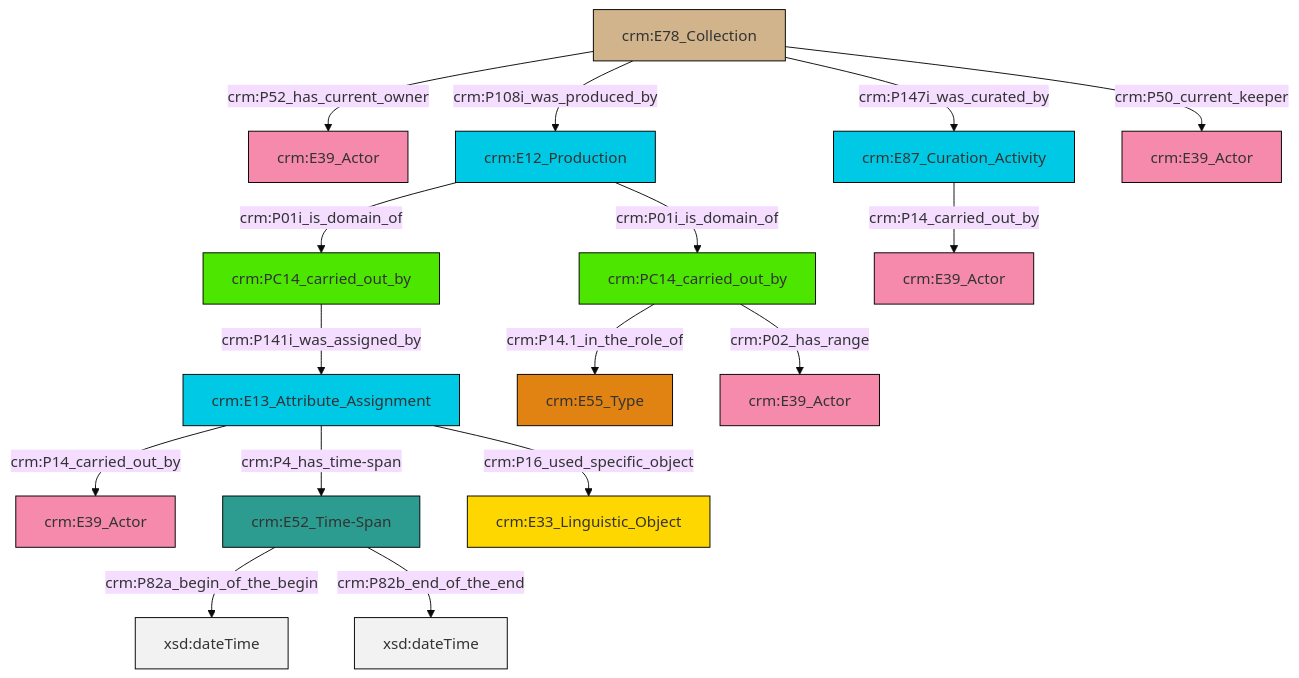
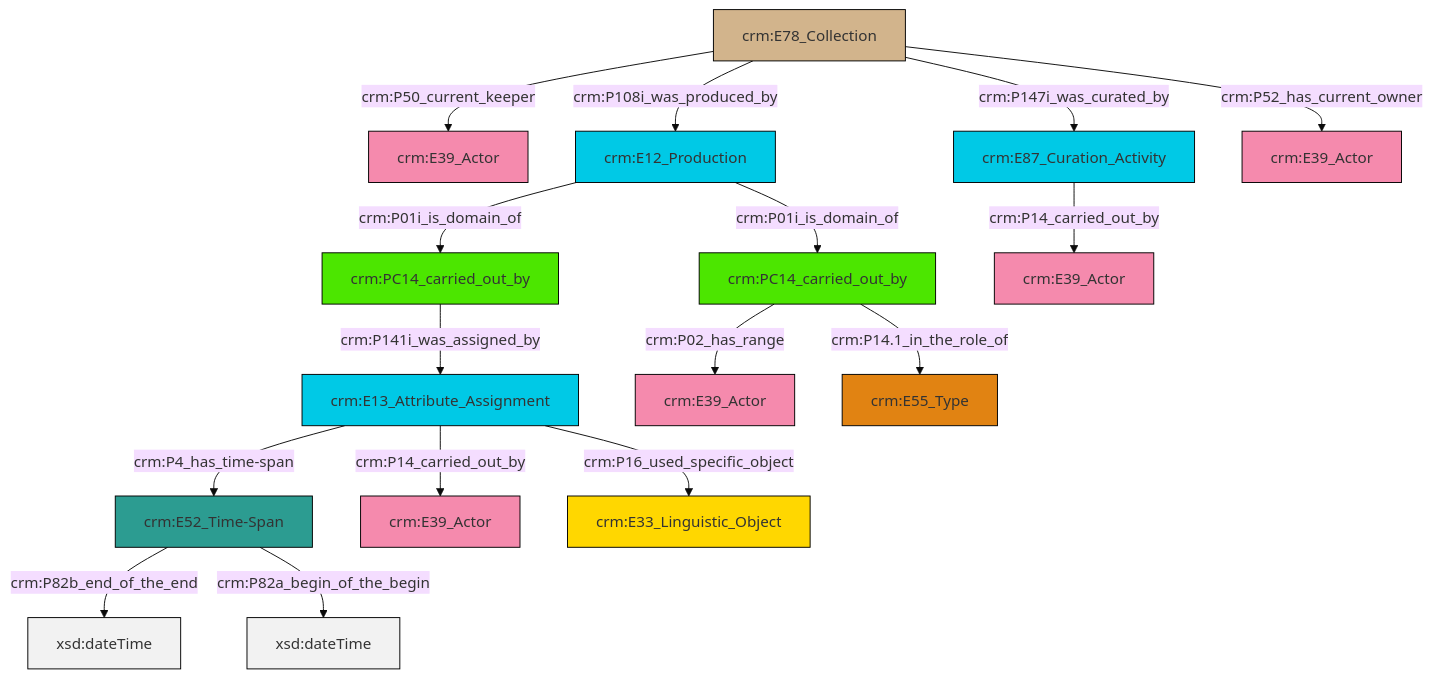
Before and after one commit to swiss-art-research-net/docs.swissartresearch: the diagram in et/archivalCSV/ttl/mmd/archival_relation.ttl.mmd, drawn with Mermaid (base theme). The commit also changed 172 other files, not shown here.

```diff
--- a/et/archivalCSV/ttl/mmd/archival_relation.ttl.mmd
+++ b/et/archivalCSV/ttl/mmd/archival_relation.ttl.mmd
@@ -1,30 +1,30 @@
 graph TD
 classDef Literal fill:#f2f2f2,stroke:#000000;
 classDef CRM_Entity fill:#FFFFFF,stroke:#000000;
 classDef Temporal_Entity fill:#00C9E6, stroke:#000000;
 classDef Type fill:#E18312, stroke:#000000;
 classDef Time-Span fill:#2C9C91, stroke:#000000;
 classDef Appellation fill:#FFEB7F, stroke:#000000;
 classDef Place fill:#008836, stroke:#000000;
 classDef Persistent_Item fill:#B266B2, stroke:#000000;
 classDef Conceptual_Object fill:#FFD700, stroke:#000000;
 classDef Physical_Thing fill:#D2B48C, stroke:#000000;
 classDef Actor fill:#f58aad, stroke:#000000;
 classDef PC_Classes fill:#4ce600, stroke:#000000;
 classDef Multi fill:#cccccc,stroke:#000000;
 
-0["crm:E13_Attribute_Assignment"]:::Temporal_Entity -->|crm:P14_carried_out_by| 1["crm:E39_Actor"]:::Actor
-0["crm:E13_Attribute_Assignment"]:::Temporal_Entity -->|crm:P4_has_time-span| 4["crm:E52_Time-Span"]:::Time-Span
-7["crm:E12_Production"]:::Temporal_Entity -->|crm:P01i_is_domain_of| 8["crm:PC14_carried_out_by"]:::PC_Classes
-4["crm:E52_Time-Span"]:::Time-Span -->|crm:P82a_begin_of_the_begin| 9[xsd:dateTime]:::Literal
-10["crm:E78_Collection"]:::Physical_Thing -->|crm:P108i_was_produced_by| 7["crm:E12_Production"]:::Temporal_Entity
-11["crm:PC14_carried_out_by"]:::PC_Classes -->|crm:P14.1_in_the_role_of| 12["crm:E55_Type"]:::Type
-0["crm:E13_Attribute_Assignment"]:::Temporal_Entity -->|crm:P16_used_specific_object| 14["crm:E33_Linguistic_Object"]:::Conceptual_Object
-4["crm:E52_Time-Span"]:::Time-Span -->|crm:P82b_end_of_the_end| 17[xsd:dateTime]:::Literal
-10["crm:E78_Collection"]:::Physical_Thing -->|crm:P147i_was_curated_by| 5["crm:E87_Curation_Activity"]:::Temporal_Entity
-11["crm:PC14_carried_out_by"]:::PC_Classes -->|crm:P02_has_range| 20["crm:E39_Actor"]:::Actor
-8["crm:PC14_carried_out_by"]:::PC_Classes -->|crm:P141i_was_assigned_by| 0["crm:E13_Attribute_Assignment"]:::Temporal_Entity
-10["crm:E78_Collection"]:::Physical_Thing -->|crm:P52_has_current_owner| 2["crm:E39_Actor"]:::Actor
-5["crm:E87_Curation_Activity"]:::Temporal_Entity -->|crm:P14_carried_out_by| 15["crm:E39_Actor"]:::Actor
-7["crm:E12_Production"]:::Temporal_Entity -->|crm:P01i_is_domain_of| 11["crm:PC14_carried_out_by"]:::PC_Classes
-10["crm:E78_Collection"]:::Physical_Thing -->|crm:P50_current_keeper| 22["crm:E39_Actor"]:::Actor
+0["crm:E13_Attribute_Assignment"]:::Temporal_Entity -->|crm:P4_has_time-span| 6["crm:E52_Time-Span"]:::Time-Span
+9["crm:E12_Production"]:::Temporal_Entity -->|crm:P01i_is_domain_of| 10["crm:PC14_carried_out_by"]:::PC_Classes
+6["crm:E52_Time-Span"]:::Time-Span -->|crm:P82b_end_of_the_end| 11[xsd:dateTime]:::Literal
+12["crm:E78_Collection"]:::Physical_Thing -->|crm:P50_current_keeper| 13["crm:E39_Actor"]:::Actor
+7["crm:E87_Curation_Activity"]:::Temporal_Entity -->|crm:P14_carried_out_by| 14["crm:E39_Actor"]:::Actor
+9["crm:E12_Production"]:::Temporal_Entity -->|crm:P01i_is_domain_of| 16["crm:PC14_carried_out_by"]:::PC_Classes
+12["crm:E78_Collection"]:::Physical_Thing -->|crm:P108i_was_produced_by| 9["crm:E12_Production"]:::Temporal_Entity
+6["crm:E52_Time-Span"]:::Time-Span -->|crm:P82a_begin_of_the_begin| 21[xsd:dateTime]:::Literal
+0["crm:E13_Attribute_Assignment"]:::Temporal_Entity -->|crm:P14_carried_out_by| 26["crm:E39_Actor"]:::Actor
+12["crm:E78_Collection"]:::Physical_Thing -->|crm:P147i_was_curated_by| 7["crm:E87_Curation_Activity"]:::Temporal_Entity
+16["crm:PC14_carried_out_by"]:::PC_Classes -->|crm:P02_has_range| 24["crm:E39_Actor"]:::Actor
+10["crm:PC14_carried_out_by"]:::PC_Classes -->|crm:P141i_was_assigned_by| 0["crm:E13_Attribute_Assignment"]:::Temporal_Entity
+0["crm:E13_Attribute_Assignment"]:::Temporal_Entity -->|crm:P16_used_specific_object| 2["crm:E33_Linguistic_Object"]:::Conceptual_Object
+12["crm:E78_Collection"]:::Physical_Thing -->|crm:P52_has_current_owner| 4["crm:E39_Actor"]:::Actor
+16["crm:PC14_carried_out_by"]:::PC_Classes -->|crm:P14.1_in_the_role_of| 19["crm:E55_Type"]:::Type
```
